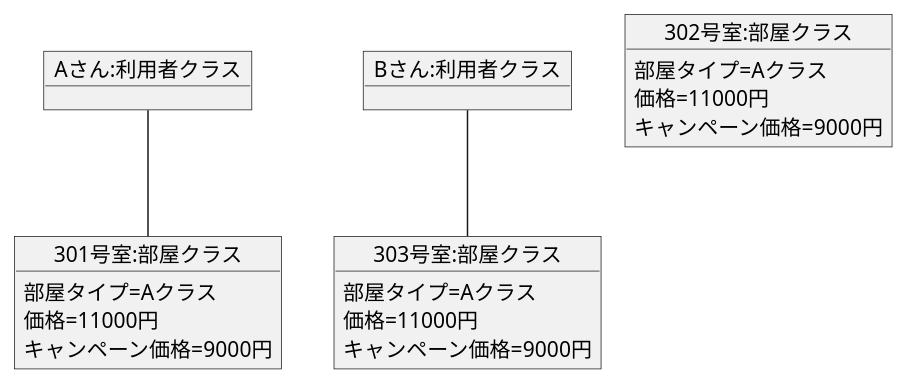
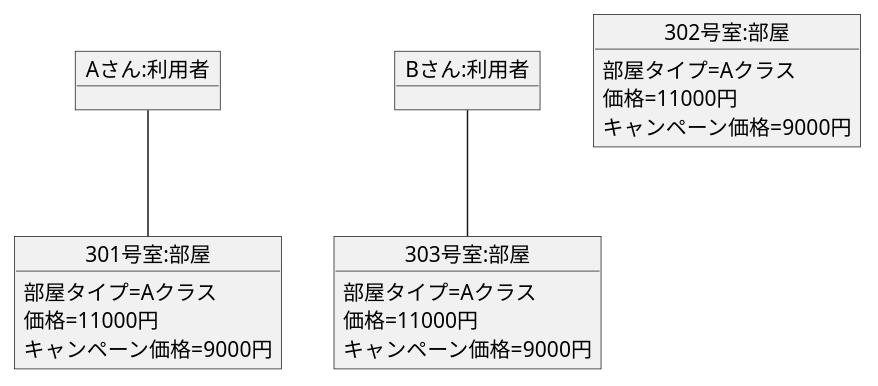
Before and after one commit to IshikawaMasato/uml-introduction: the diagram in 演習3-5_OBJ_ホテル宿泊予約.pu, drawn with PlantUML.

Commit message:
演習３－５の修正

```diff
--- a/演習3-5_OBJ_ホテル宿泊予約.pu
+++ b/演習3-5_OBJ_ホテル宿泊予約.pu
@@ -1,25 +1,25 @@
 @startuml 演習３－５
-object "Aさん:利用者クラス" as Aさん{
+object "Aさん:利用者" as Aさん{
 
 }
-object "Bさん:利用者クラス" as Bさん{
+object "Bさん:利用者" as Bさん{
 
 }
-object "301号室:部屋クラス" as 301号室{
+object "301号室:部屋" as 301号室{
     部屋タイプ=Aクラス
     価格=11000円
     キャンペーン価格=9000円
 }
-object "302号室:部屋クラス" as 302号室{
+object "302号室:部屋" as 302号室{
     部屋タイプ=Aクラス
     価格=11000円
     キャンペーン価格=9000円
 }
-object "303号室:部屋クラス" as 303号室{
+object "303号室:部屋" as 303号室{
     部屋タイプ=Aクラス
     価格=11000円
     キャンペーン価格=9000円
 }
 Aさん--301号室
 Bさん--303号室
 @enduml
```
